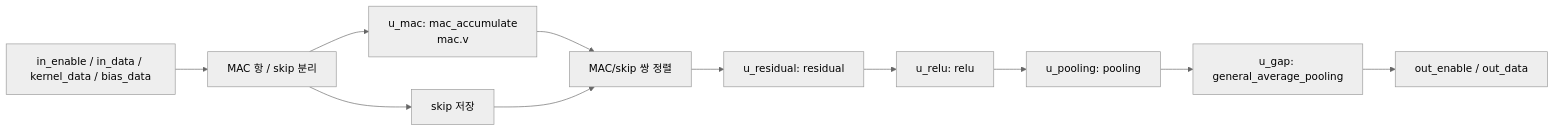
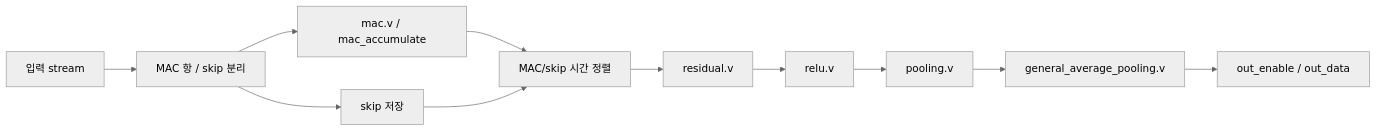
One commit to CGM72/resnet20-core-rtl changed the diagram in docs/architecture.md. Above: the diagram before and after it, drawn with Mermaid (neutral theme). The commit also changed other lines of this file and 70 other files, not shown here.

````diff
--- a/docs/architecture.md
+++ b/docs/architecture.md
@@ -6,13 +5,13 @@
 ```mermaid
 flowchart LR
-    IN["in_enable / in_data / kernel_data / bias_data"] --> SPLIT[MAC 항 / skip 분리]
-    SPLIT --> M["u_mac: mac_accumulate<br/>mac.v"]
+    IN[입력 stream] --> SPLIT[MAC 항 / skip 분리]
+    SPLIT --> M[mac.v / mac_accumulate]
     SPLIT --> S[skip 저장]
-    M --> A[MAC/skip 쌍 정렬]
+    M --> A[MAC/skip 시간 정렬]
     S --> A
-    A --> R["u_residual: residual"]
-    R --> L["u_relu: relu"]
-    L --> P["u_pooling: pooling"]
-    P --> G["u_gap: general_average_pooling"]
+    A --> R[residual.v]
+    R --> L[relu.v]
+    L --> P[pooling.v]
+    P --> G[general_average_pooling.v]
     G --> OUT[out_enable / out_data]
 ```
````
